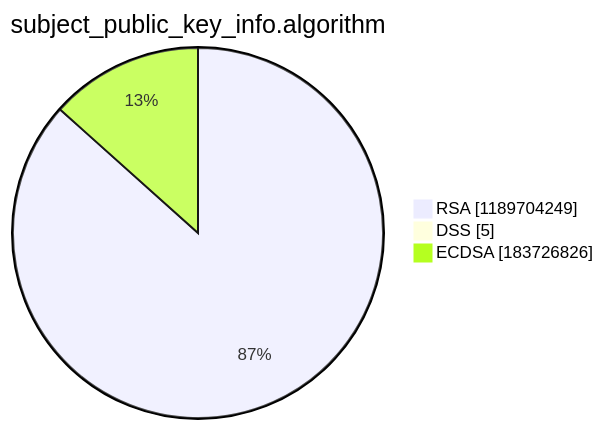
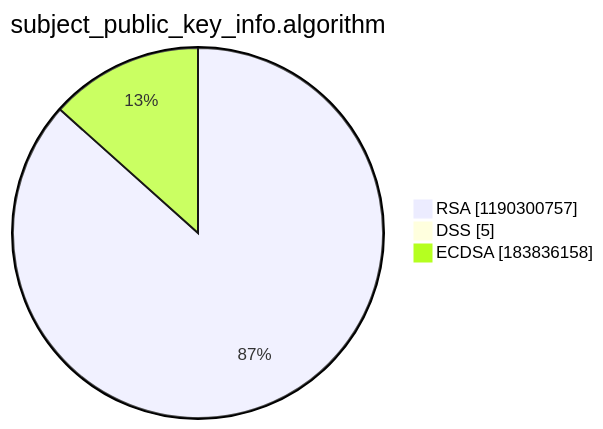
The third of 15 diagrams in argon2022/README.md (christiankrug/ctmonitor_visualization), drawn with Mermaid before and after one commit. The commit also changed other lines of this file, not shown here.

````diff
--- a/argon2022/README.md
+++ b/argon2022/README.md
@@ -14,7 +14,7 @@
 ```mermaid
 pie showData
 title subject_public_key_info.algorithm
-"RSA" :1189704249
+"RSA" :1190300757
 "DSS" :5
-"ECDSA" :183726826
+"ECDSA" :183836158
 ```
````
